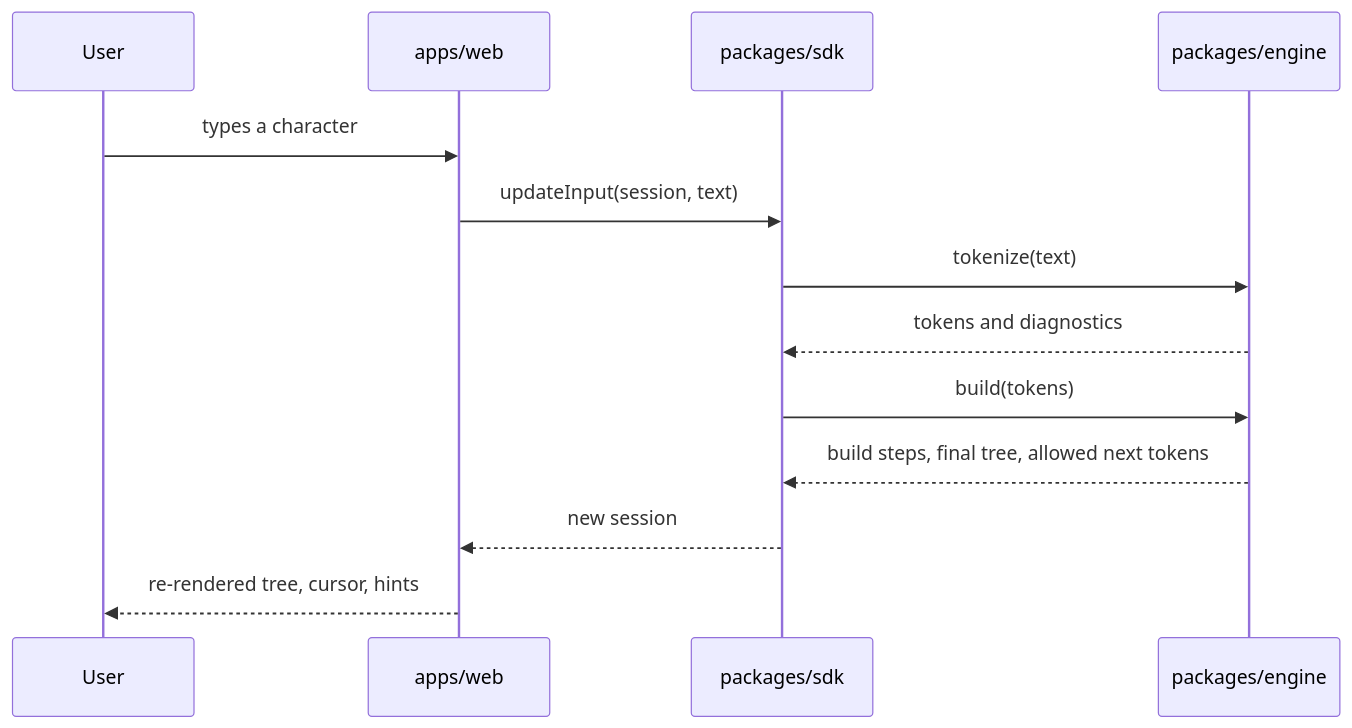
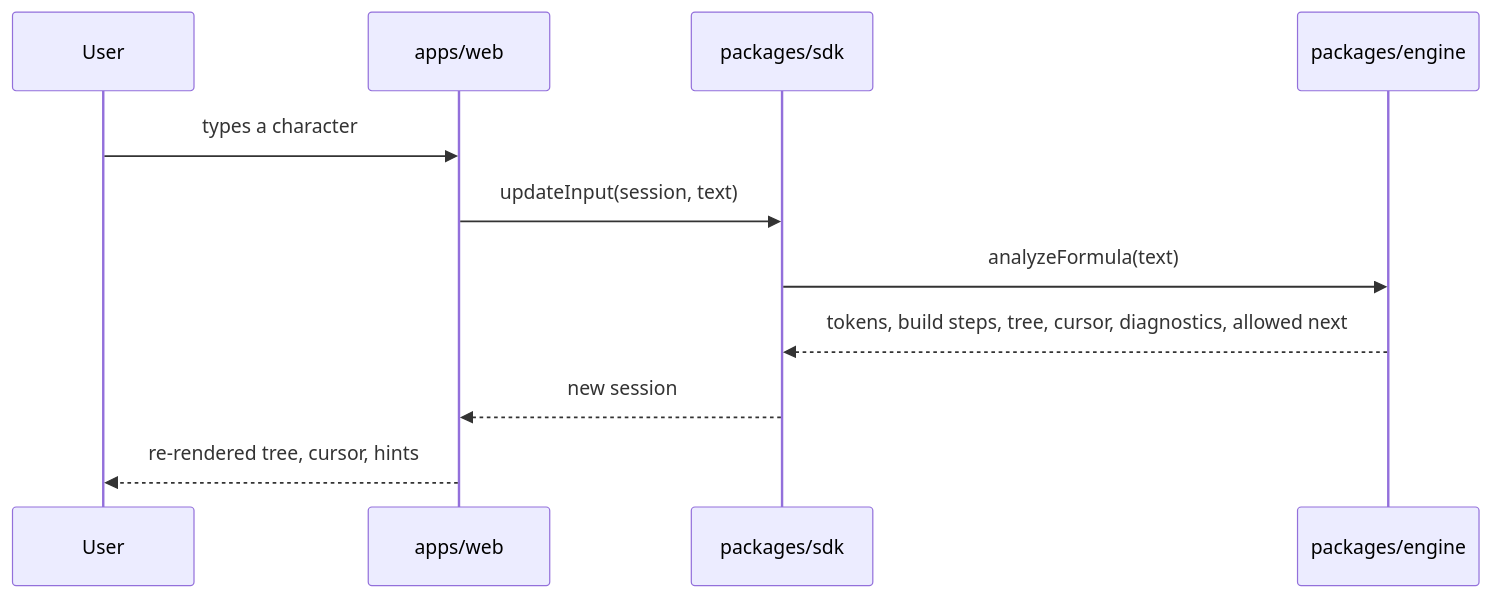
Before and after one commit to alecs007/nodable: the second of 2 diagrams in docs/architecture.md, drawn with Mermaid. The commit also changed other lines of this file and 3 other files, not shown here.

````diff
--- a/docs/architecture.md
+++ b/docs/architecture.md
@@ -61,16 +61,14 @@
 ```mermaid
 sequenceDiagram
   participant U as User
   participant W as apps/web
   participant S as packages/sdk
   participant E as packages/engine
 
   U->>W: types a character
   W->>S: updateInput(session, text)
-  S->>E: tokenize(text)
-  E-->>S: tokens and diagnostics
-  S->>E: build(tokens)
-  E-->>S: build steps, final tree, allowed next tokens
+  S->>E: analyzeFormula(text)
+  E-->>S: tokens, build steps, tree, cursor, diagnostics, allowed next
   S-->>W: new session
   W-->>U: re-rendered tree, cursor, hints
 ```
````
